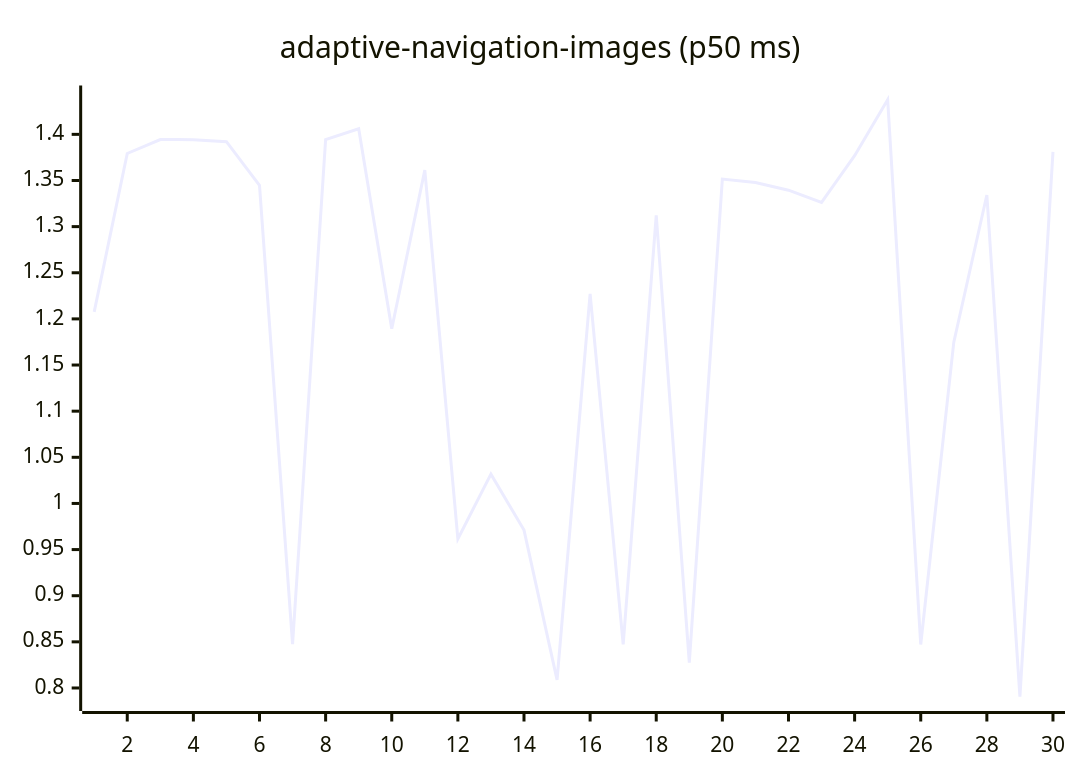
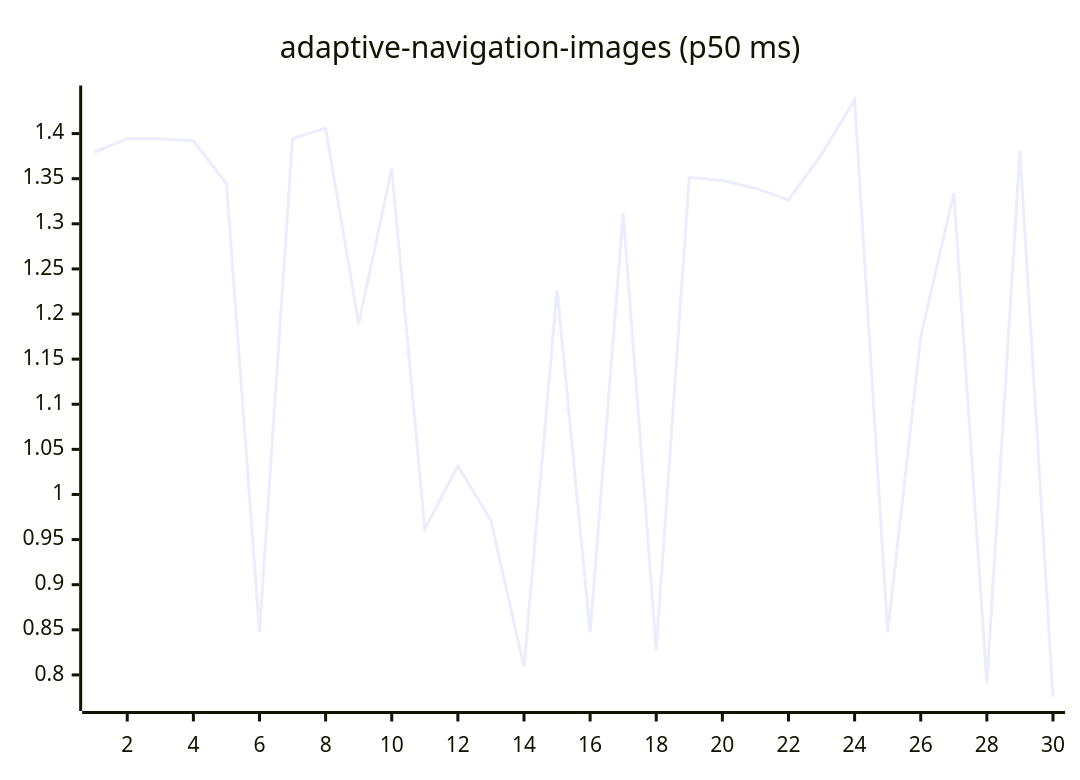
One commit to josha/Facet changed the first of 27 diagrams in README.md. Above: the diagram before and after it, drawn with Mermaid. The commit also changed other lines of this file and 2 other files, not shown here.

````diff
--- a/README.md
+++ b/README.md
@@ -63,6 +63,6 @@
 ```mermaid
 xychart-beta
     title "adaptive-navigation-images (p50 ms)"
     x-axis 1 --> 30
-    line [1.2076, 1.3793, 1.3944, 1.3942, 1.3921, 1.3447, 0.8475, 1.3944, 1.4060, 1.1893, 1.3612, 0.9615, 1.0317, 0.9711, 0.8088, 1.2271, 0.8473, 1.3121, 0.8274, 1.3515, 1.3479, 1.3395, 1.3263, 1.3769, 1.4375, 0.8471, 1.1748, 1.3343, 0.7905, 1.3810]
+    line [1.3793, 1.3944, 1.3942, 1.3921, 1.3447, 0.8475, 1.3944, 1.4060, 1.1893, 1.3612, 0.9615, 1.0317, 0.9711, 0.8088, 1.2271, 0.8473, 1.3121, 0.8274, 1.3515, 1.3479, 1.3395, 1.3263, 1.3769, 1.4375, 0.8471, 1.1748, 1.3343, 0.7905, 1.3810, 0.7758]
 ```
````
